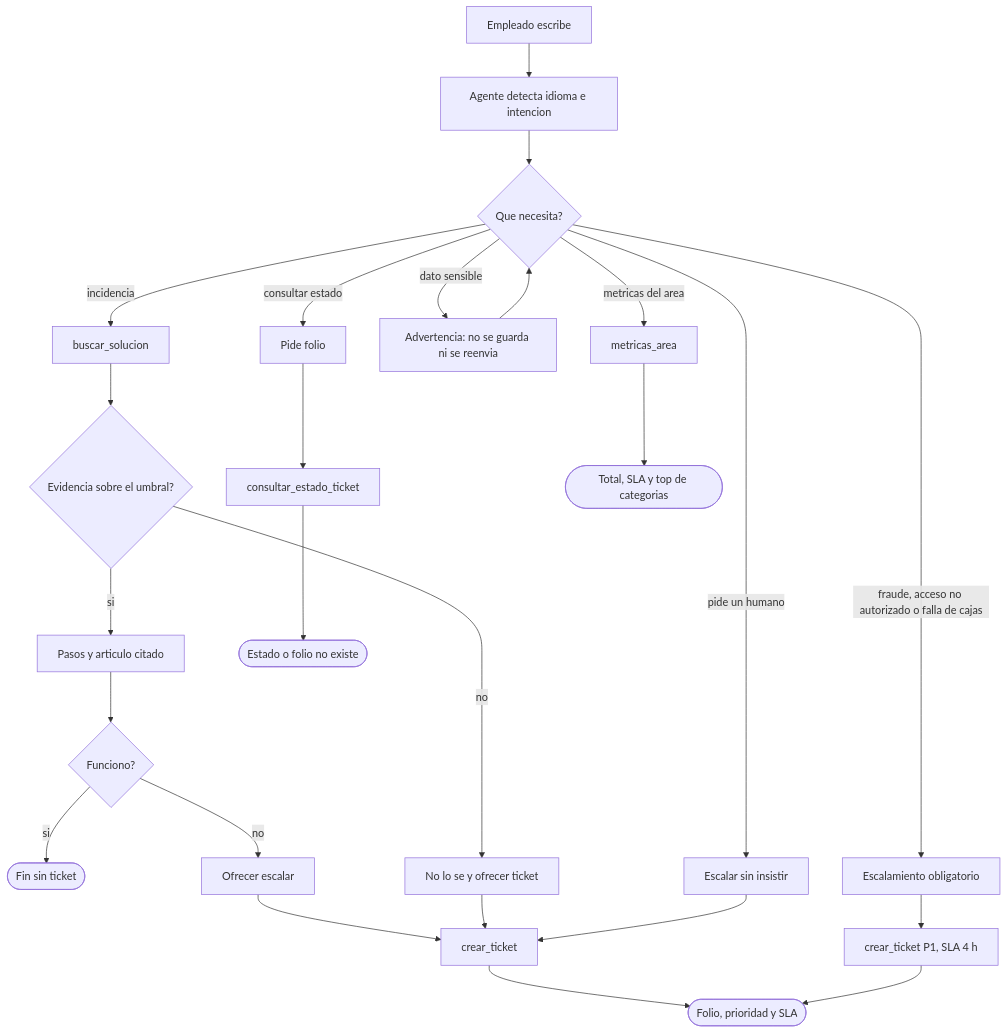
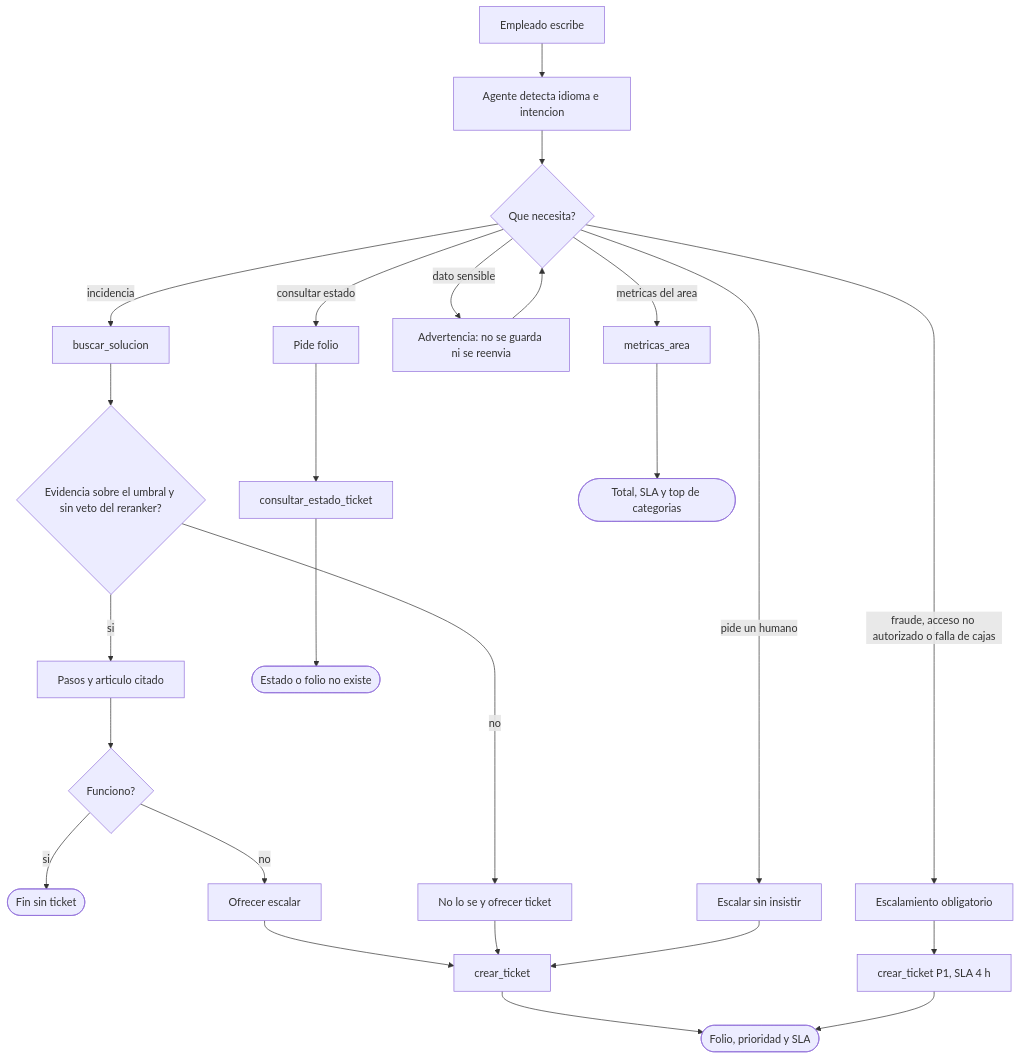
One commit to LuisFernandoAparicio21/deskpilot-ai changed the first of 2 diagrams in docs/user-flow.md. Above: the diagram before and after it, drawn with Mermaid. The commit also changed other lines of this file and 12 other files, not shown here.

First line of the commit message:
docs: update results, limits and flow for the reranker veto (PL-8)

````diff
--- a/docs/user-flow.md
+++ b/docs/user-flow.md
@@ -9,27 +9,27 @@
 ```mermaid
 flowchart TD
     A[Empleado escribe] --> B[Agente detecta idioma e intencion]
     B --> C{Que necesita?}
     C -- incidencia --> D[buscar_solucion]
-    D --> E{Evidencia sobre el umbral?}
+    D --> E{Evidencia sobre el umbral y sin veto del reranker?}
     E -- si --> F[Pasos y articulo citado]
     F --> G{Funciono?}
     G -- si --> H([Fin sin ticket])
     G -- no --> I[Ofrecer escalar]
     E -- no --> J[No lo se y ofrecer ticket]
     I --> K[crear_ticket]
     J --> K
     K --> L([Folio, prioridad y SLA])
     C -- consultar estado --> M[Pide folio]
     M --> N[consultar_estado_ticket]
     N --> O([Estado o folio no existe])
     C -- pide un humano --> P[Escalar sin insistir]
     P --> K
     C -- dato sensible --> Q[Advertencia: no se guarda ni se reenvia]
     Q --> C
     C -- fraude, acceso no autorizado o falla de cajas --> R[Escalamiento obligatorio]
     R --> S[crear_ticket P1, SLA 4 h]
     S --> L
     C -- metricas del area --> T[metricas_area]
     T --> U([Total, SLA y top de categorias])
 ```
````
